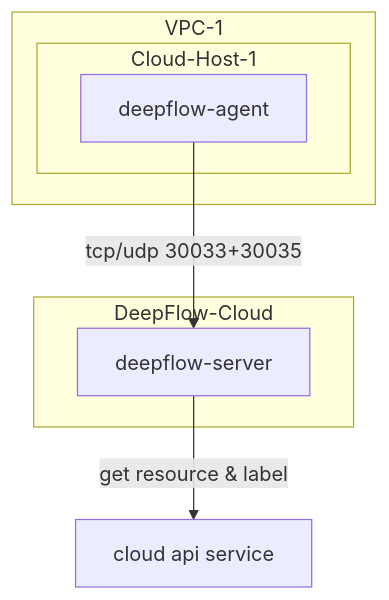
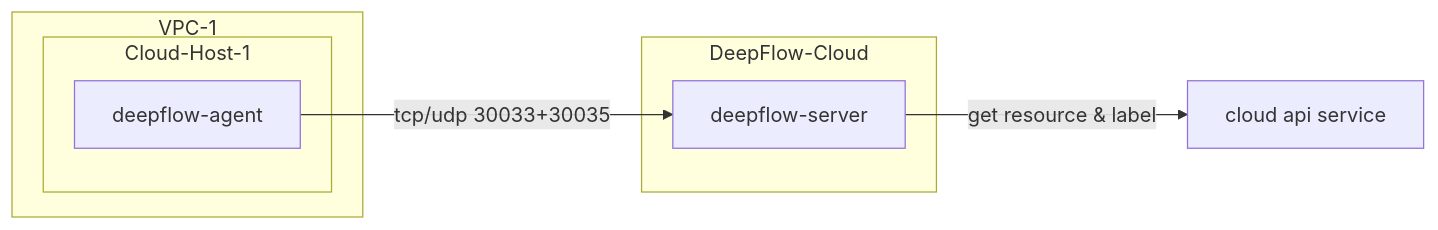
One commit to deepflowio/docs changed the diagram in docs/zh/03-ee-install/01-saas/02-cloud-host.md. Above: the diagram before and after it, drawn with Mermaid. The commit also changed other lines of this file, not shown here.

````diff
--- a/docs/zh/03-ee-install/01-saas/02-cloud-host.md
+++ b/docs/zh/03-ee-install/01-saas/02-cloud-host.md
@@ -12,17 +12,17 @@
 ```mermaid
-flowchart TD
+flowchart LR
 
 subgraph DeepFlow-Cloud
   DeepFlowServer["deepflow-server"]
 end
 
 
 subgraph VPC-1
   subgraph Cloud-Host-1
     DeepFlowAgent1[deepflow-agent]
     DeepFlowAgent1 -->|"tcp/udp 30033+30035"| DeepFlowServer
   end
 end
 
 DeepFlowServer -->|"get resource & label"| CloudAPI[cloud api service]
 ```
````
